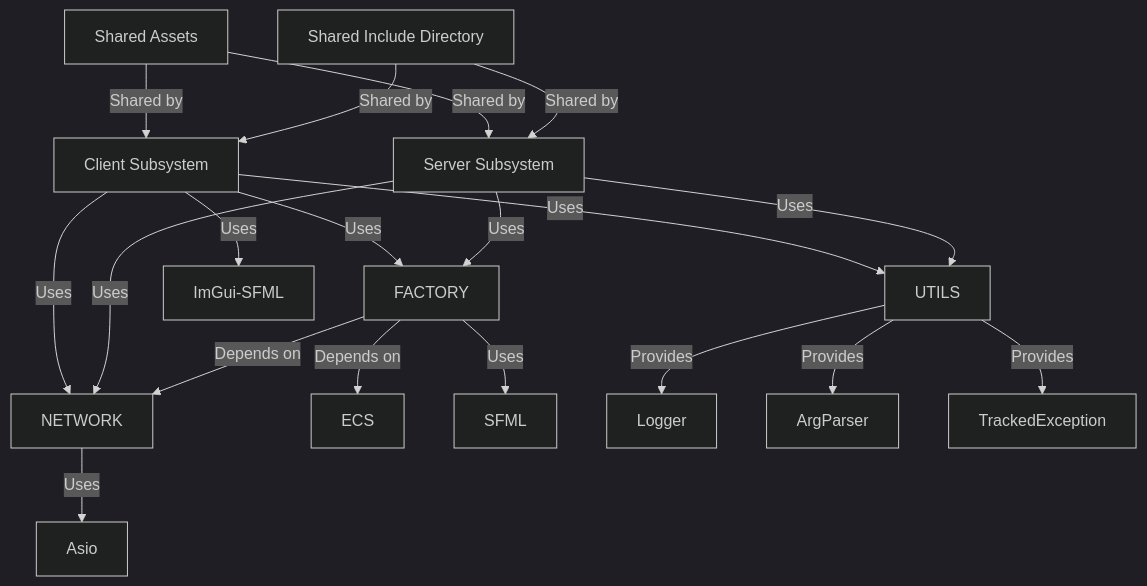
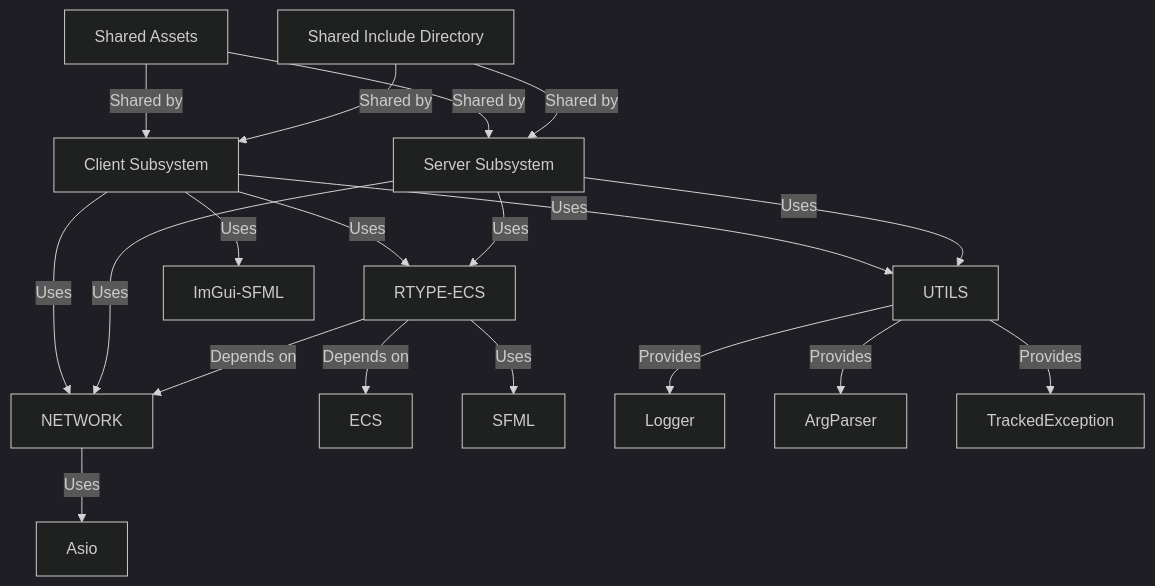
One commit to Nicolasalx/R-Type changed the diagram in docs/developer-documentation.md. Above: the diagram before and after it, drawn with Mermaid (dark theme). The commit also changed 106 other files, not shown here.

Commit message:
chore: Changing directory name in for rtype ecs implementation

````diff
--- a/docs/developer-documentation.md
+++ b/docs/developer-documentation.md
@@ -15,23 +15,23 @@
 ```mermaid
 graph TD
-  A[Client Subsystem] --> |Uses| FACTORY
+  A[Client Subsystem] --> |Uses| RTYPE-ECS
   A --> |Uses| NETWORK
   A --> |Uses| UTILS
   A --> |Uses| ImGui-SFML
-  B[Server Subsystem] --> |Uses| FACTORY
+  B[Server Subsystem] --> |Uses| RTYPE-ECS
   B --> |Uses| NETWORK
   B --> |Uses| UTILS
 
-  FACTORY --> |Depends on| ECS
-  FACTORY --> |Depends on| NETWORK
-  FACTORY --> |Uses| SFML
+  RTYPE-ECS --> |Depends on| ECS
+  RTYPE-ECS --> |Depends on| NETWORK
+  RTYPE-ECS --> |Uses| SFML
   NETWORK --> |Uses| Asio
   UTILS --> |Provides| Logger
   UTILS --> |Provides| ArgParser
   UTILS --> |Provides| TrackedException
 
   Assets[Shared Assets] --> |Shared by| A
   Assets --> |Shared by| B
   Include[Shared Include Directory] --> |Shared by| A
   Include --> |Shared by| B
 ```
````
